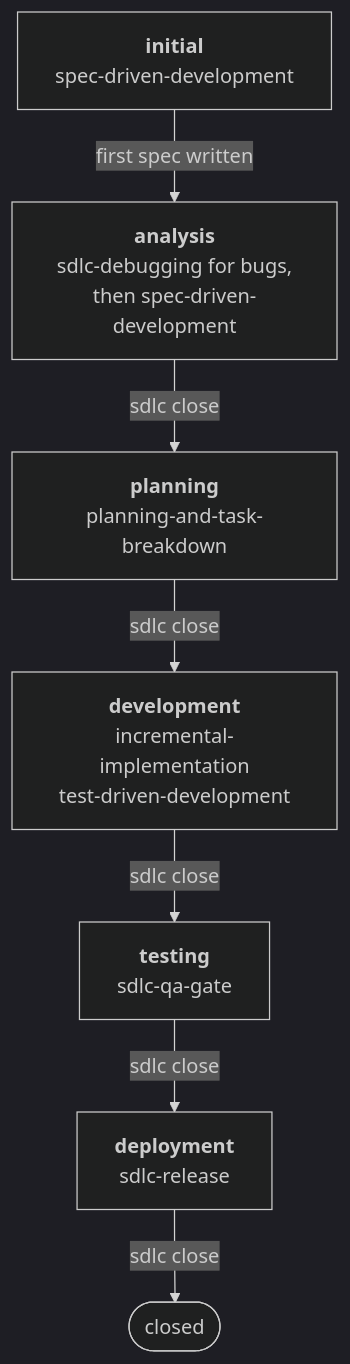
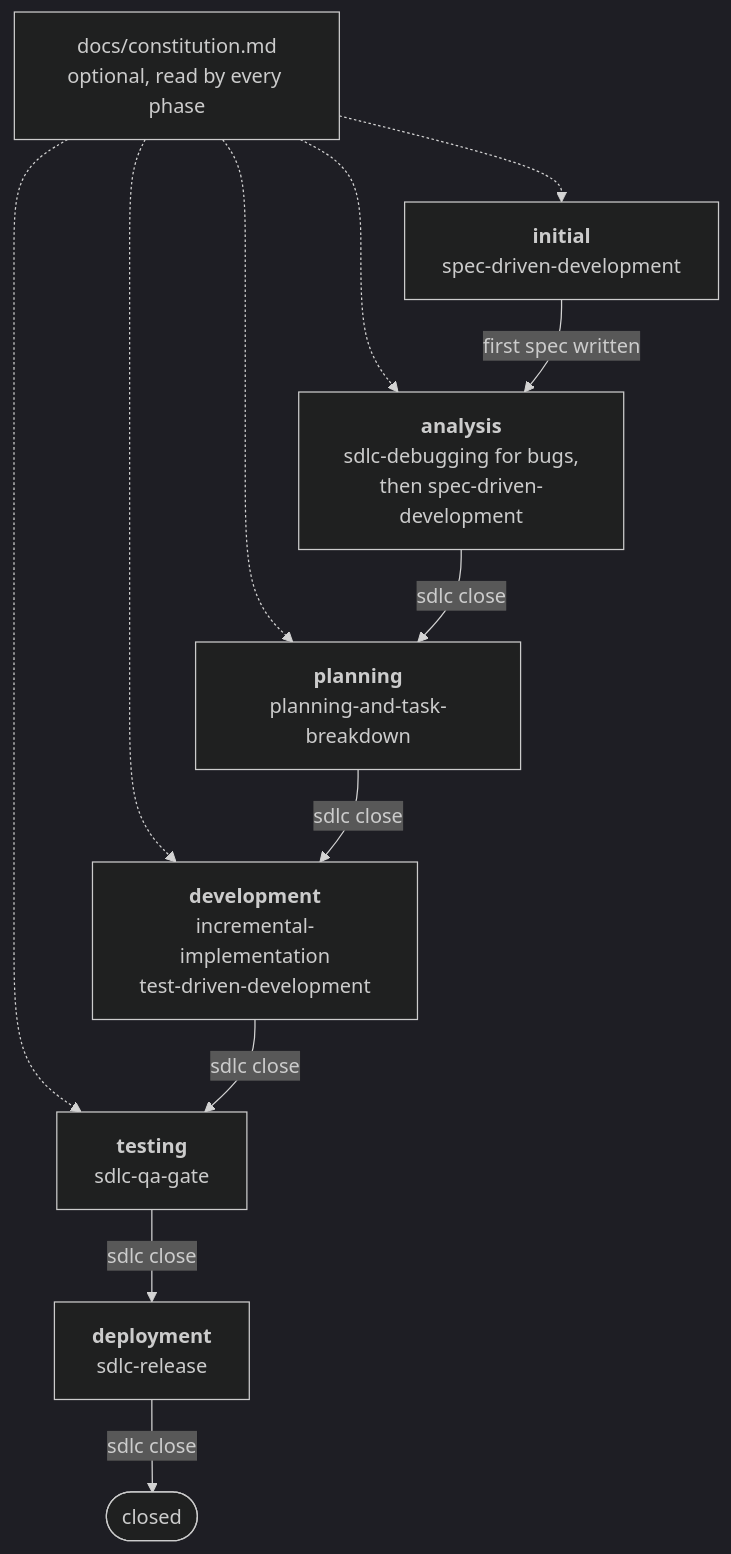
One commit to PapiScholz/SDLC-Assist changed the first of 3 diagrams in docs/sdlc-flow.md. Above: the diagram before and after it, drawn with Mermaid (dark theme). The commit also changed other lines of this file and 15 other files, not shown here.

````diff
--- a/docs/sdlc-flow.md
+++ b/docs/sdlc-flow.md
@@ -9,17 +9,23 @@
 ```mermaid
 flowchart TD
     A["<b>initial</b><br/>spec-driven-development"]
     B["<b>analysis</b><br/>sdlc-debugging for bugs,<br/>then spec-driven-development"]
     C["<b>planning</b><br/>planning-and-task-breakdown"]
     D["<b>development</b><br/>incremental-implementation<br/>test-driven-development"]
     E["<b>testing</b><br/>sdlc-qa-gate"]
     F["<b>deployment</b><br/>sdlc-release"]
     G([closed])
+    K["docs/constitution.md<br/>optional, read by every phase"]
 
+    K -.-> A
+    K -.-> B
+    K -.-> C
+    K -.-> D
+    K -.-> E
     A -->|first spec written| B
     B -->|sdlc close| C
     C -->|sdlc close| D
     D -->|sdlc close| E
     E -->|sdlc close| F
     F -->|sdlc close| G
 ```
````
